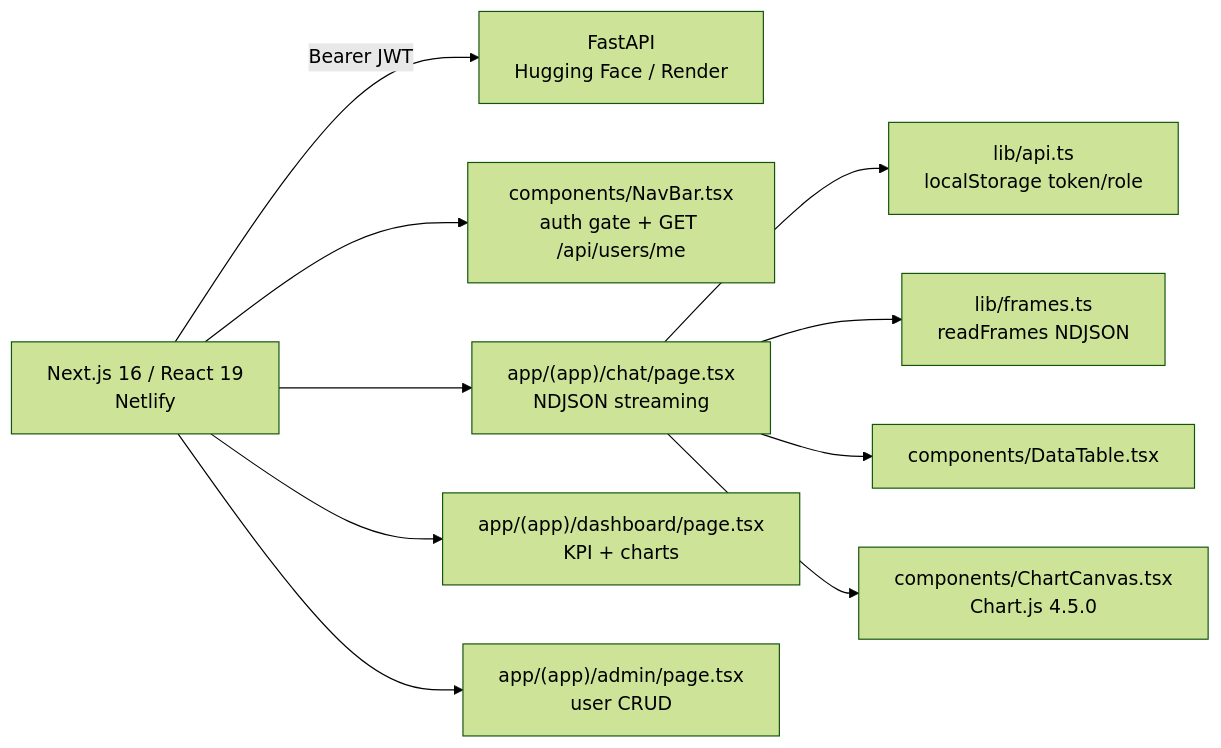
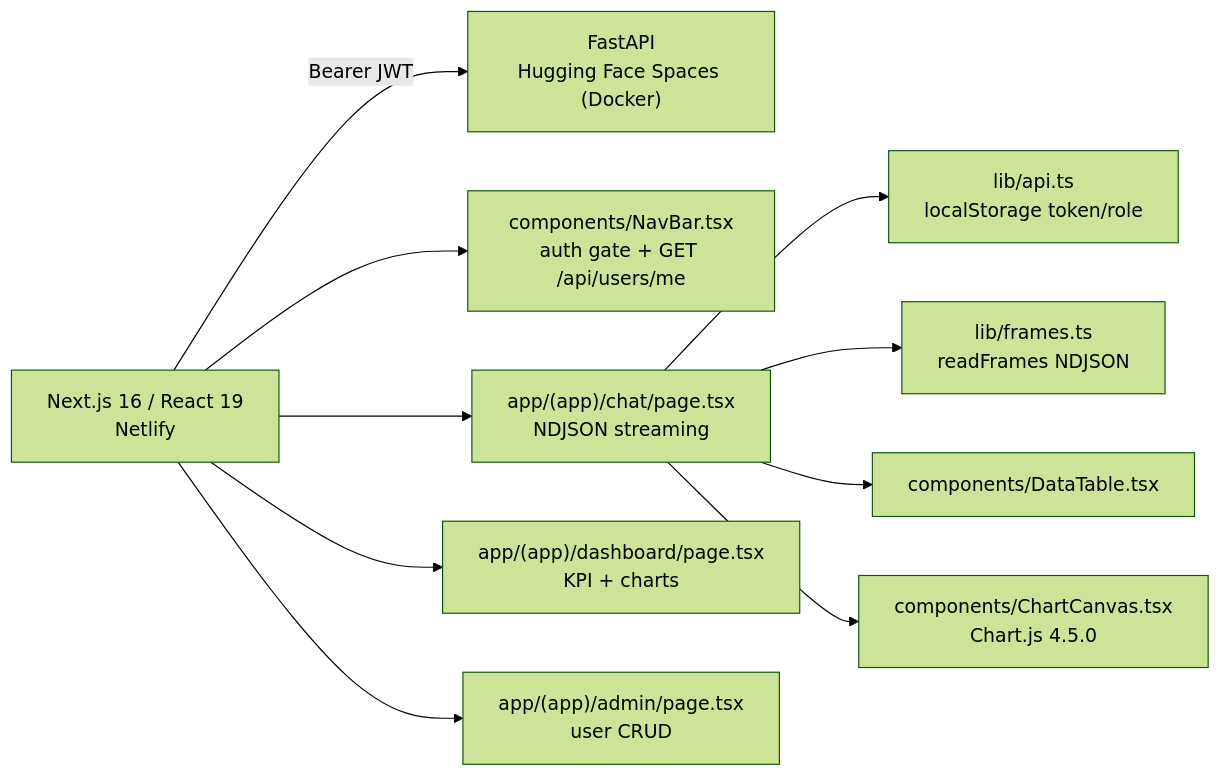
One commit to arifsoul/ai_logistics changed the diagram in frontend/README.md. Above: the diagram before and after it, drawn with Mermaid (forest theme). The commit also changed other lines of this file and 4 other files, not shown here.

First line of the commit message:
chore: remove Render deployment, HF Spaces only

````diff
--- a/frontend/README.md
+++ b/frontend/README.md
@@ -15,12 +15,12 @@
 ```mermaid
 flowchart LR
-    Browser["Next.js 16 / React 19<br/>Netlify"] -->|Bearer JWT| API["FastAPI<br/>Hugging Face / Render"]
+    Browser["Next.js 16 / React 19<br/>Netlify"] -->|Bearer JWT| API["FastAPI<br/>Hugging Face Spaces (Docker)"]
     Browser --> NavBar["components/NavBar.tsx<br/>auth gate + GET /api/users/me"]
     Browser --> Chat["app/(app)/chat/page.tsx<br/>NDJSON streaming"]
     Browser --> Dash["app/(app)/dashboard/page.tsx<br/>KPI + charts"]
     Browser --> Admin["app/(app)/admin/page.tsx<br/>user CRUD"]
     Chat --> LibApi["lib/api.ts<br/>localStorage token/role"]
     Chat --> Frames["lib/frames.ts<br/>readFrames NDJSON"]
     Chat --> Table["components/DataTable.tsx"]
     Chat --> Chart["components/ChartCanvas.tsx<br/>Chart.js 4.5.0"]
 ```
````
